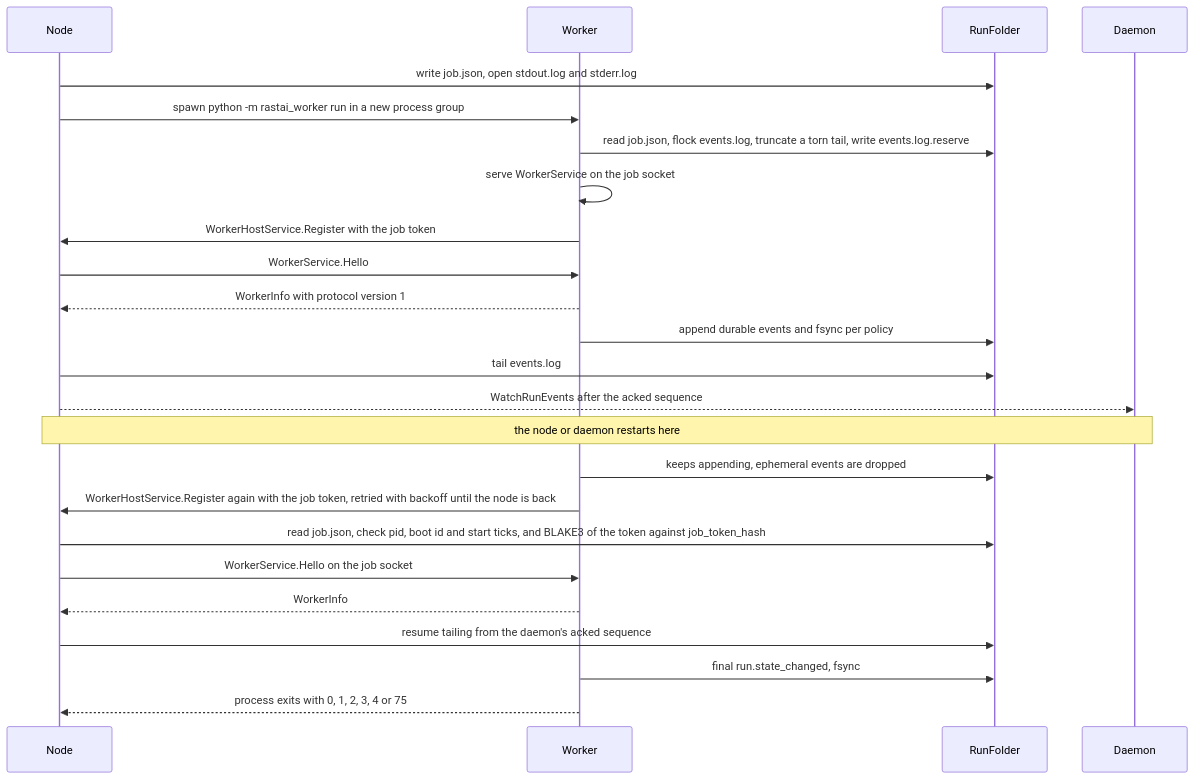
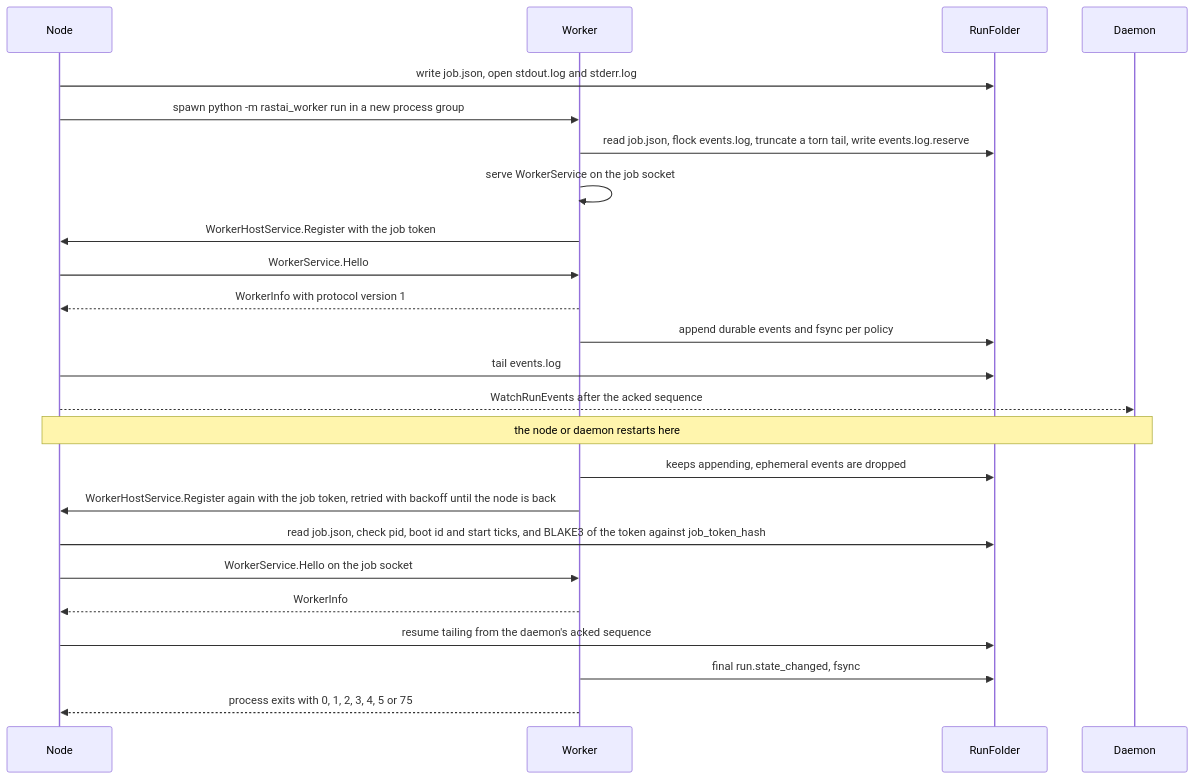
The sixth of 7 diagrams in docs/architecture/layout/python.md (Snubiss/RASTAI-Research-Studio), drawn with Mermaid before and after one commit. The commit also changed other lines of this file and 8 other files, not shown here.

````diff
--- a/docs/architecture/layout/python.md
+++ b/docs/architecture/layout/python.md
@@ -1519,26 +1521,26 @@
 ```mermaid
 sequenceDiagram
   participant N as Node
   participant W as Worker
   participant F as RunFolder
   participant D as Daemon
   N->>F: write job.json, open stdout.log and stderr.log
   N->>W: spawn python -m rastai_worker run in a new process group
   W->>F: read job.json, flock events.log, truncate a torn tail, write events.log.reserve
   W->>W: serve WorkerService on the job socket
   W->>N: WorkerHostService.Register with the job token
   N->>W: WorkerService.Hello
   W-->>N: WorkerInfo with protocol version 1
   W->>F: append durable events and fsync per policy
   N->>F: tail events.log
   N-->>D: WatchRunEvents after the acked sequence
   Note over N,D: the node or daemon restarts here
   W->>F: keeps appending, ephemeral events are dropped
   W->>N: WorkerHostService.Register again with the job token, retried with backoff until the node is back
   N->>F: read job.json, check pid, boot id and start ticks, and BLAKE3 of the token against job_token_hash
   N->>W: WorkerService.Hello on the job socket
   W-->>N: WorkerInfo
   N->>F: resume tailing from the daemon's acked sequence
   W->>F: final run.state_changed, fsync
-  W-->>N: process exits with 0, 1, 2, 3, 4 or 75
+  W-->>N: process exits with 0, 1, 2, 3, 4, 5 or 75
 ```
````
